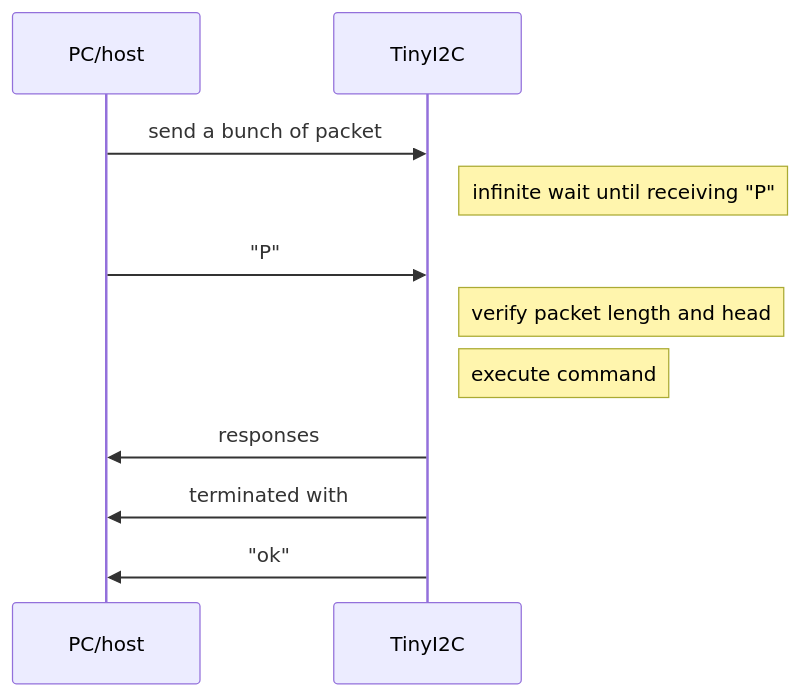
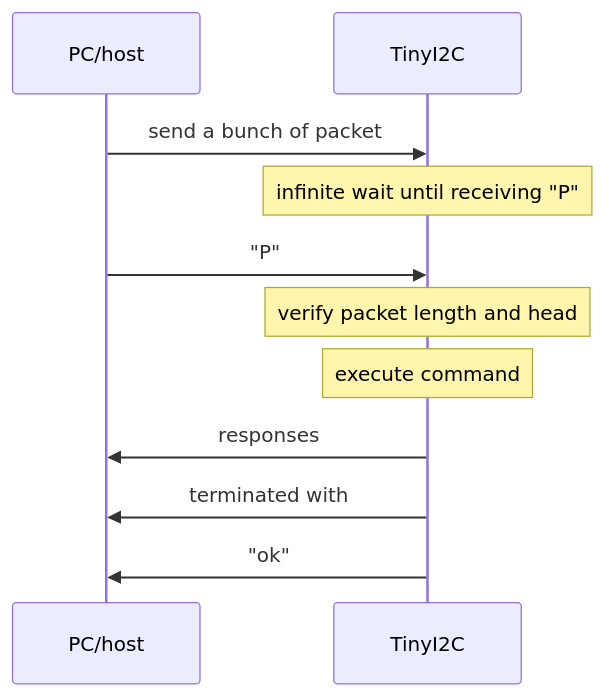
The diagram in doc/data/Success.mmd (K4zuki/tinyI2C), drawn with Mermaid before and after one commit. The commit also changed 7 other files, not shown here.

```diff
--- a/doc/data/Success.mmd
+++ b/doc/data/Success.mmd
@@ -1,10 +1,10 @@
 sequenceDiagram
   PC/host->>TinyI2C: send a bunch of packet
   %PC/host->>TinyI2C: ...
-  Note right of TinyI2C: infinite wait until receiving "P"
+  Note over TinyI2C: infinite wait until receiving "P"
   PC/host->>TinyI2C: "P"
-  Note right of TinyI2C: verify packet length and head
-  Note right of TinyI2C: execute command
+  Note over TinyI2C: verify packet length and head
+  Note over TinyI2C: execute command
   TinyI2C->>PC/host: responses
   TinyI2C->>PC/host: terminated with
   TinyI2C->>PC/host: "ok"
```
